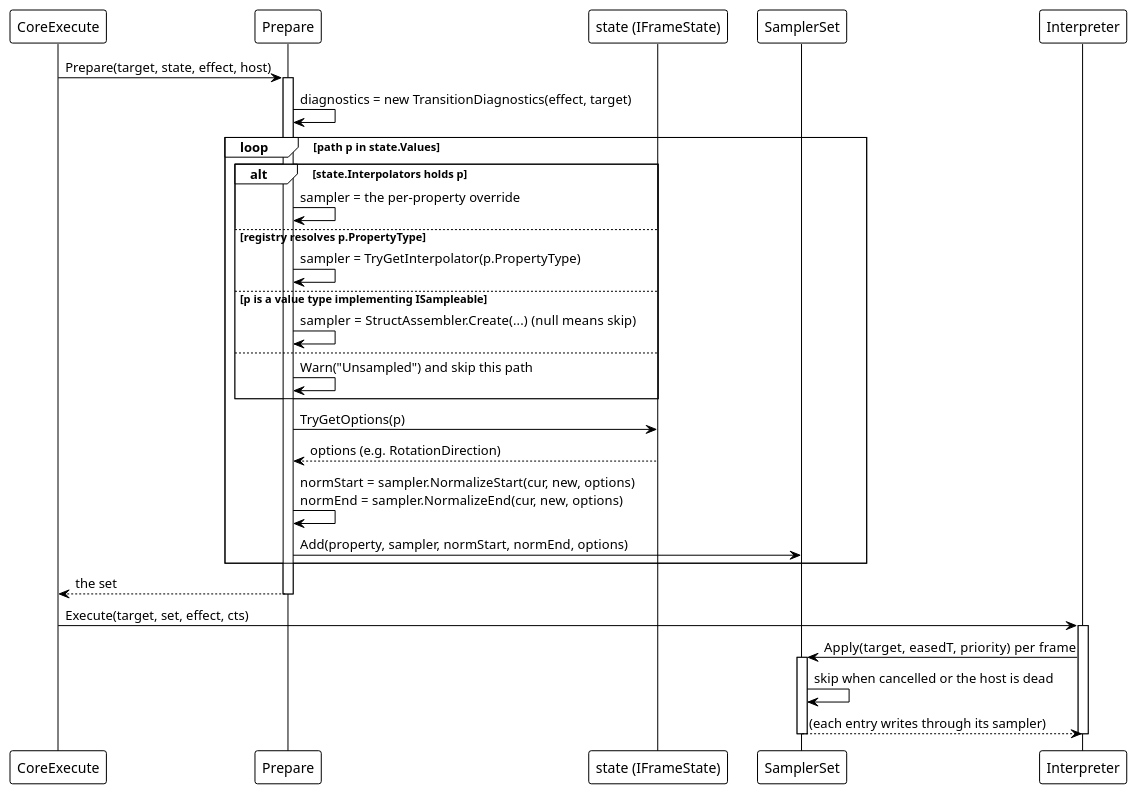
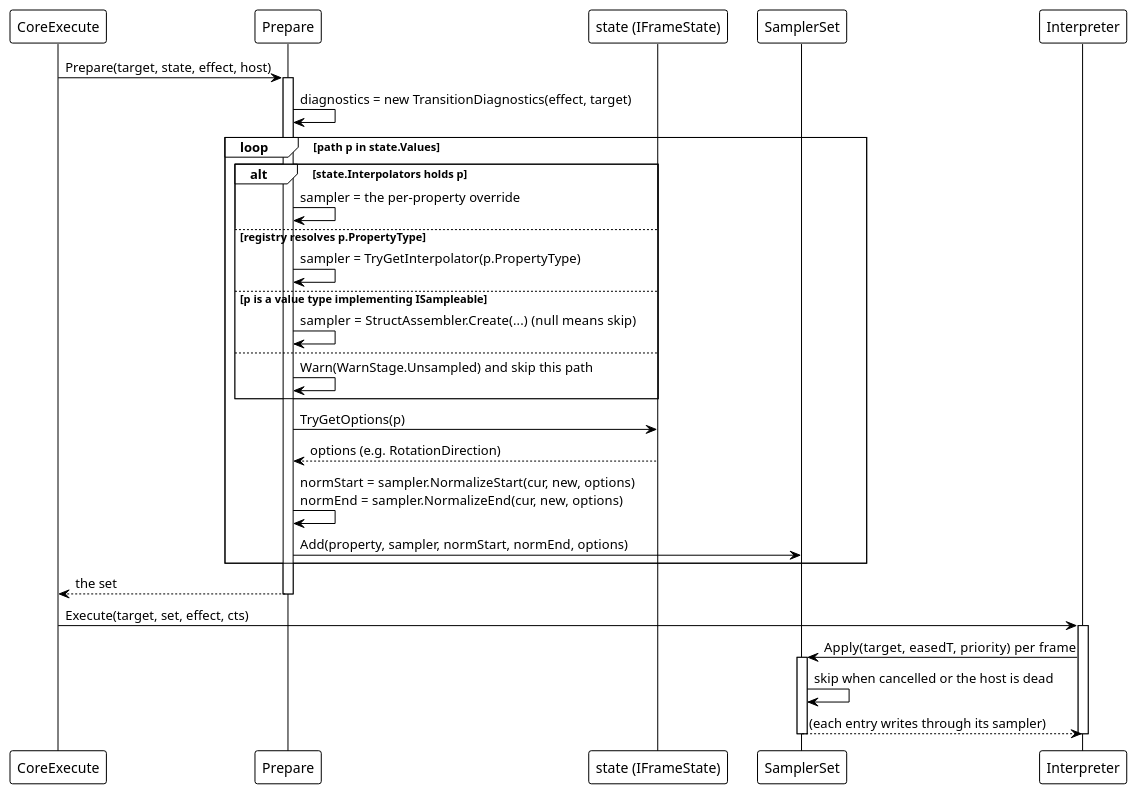
One commit to Axvser/VeloxDev.Docs changed the second of 3 diagrams in src/CloudGlyph/Assets/Docs/content/en/3_SE_Analysis/03_data-flow/03_transition/00_run-lifecycle/index.md. Above: the diagram before and after it, drawn with PlantUML. The commit also changed other lines of this file and 78 other files, not shown here.

````diff
--- a/src/CloudGlyph/Assets/Docs/content/en/3_SE_Analysis/03_data-flow/03_transition/00_run-lifecycle/index.md
+++ b/src/CloudGlyph/Assets/Docs/content/en/3_SE_Analysis/03_data-flow/03_transition/00_run-lifecycle/index.md
@@ -94,40 +94,40 @@
 ```plantuml
 @startuml
 !theme plain
 
 participant "CoreExecute" as SS
 participant "Prepare" as P
 participant "state (IFrameState)" as ST
 participant "SamplerSet" as SET
 participant "Interpreter" as TI
 
 SS -> P: Prepare(target, state, effect, host)
 activate P
 P -> P: diagnostics = new TransitionDiagnostics(effect, target)
 loop path p in state.Values
     alt state.Interpolators holds p
         P -> P: sampler = the per-property override
     else registry resolves p.PropertyType
         P -> P: sampler = TryGetInterpolator(p.PropertyType)
     else p is a value type implementing ISampleable
         P -> P: sampler = StructAssembler.Create(...)  (null means skip)
     else
-        P -> P: Warn("Unsampled") and skip this path
+        P -> P: Warn(WarnStage.Unsampled) and skip this path
     end
     P -> ST: TryGetOptions(p)
     ST --> P: options (e.g. RotationDirection)
     P -> P: normStart = sampler.NormalizeStart(cur, new, options)\nnormEnd = sampler.NormalizeEnd(cur, new, options)
     P -> SET: Add(property, sampler, normStart, normEnd, options)
 end
 P --> SS: the set
 deactivate P
 SS -> TI: Execute(target, set, effect, cts)
 activate TI
 TI -> SET: Apply(target, easedT, priority)   per frame
 activate SET
 SET -> SET: skip when cancelled or the host is dead
 SET --> TI: (each entry writes through its sampler)
 deactivate SET
 deactivate TI
 @enduml
 ```
````
